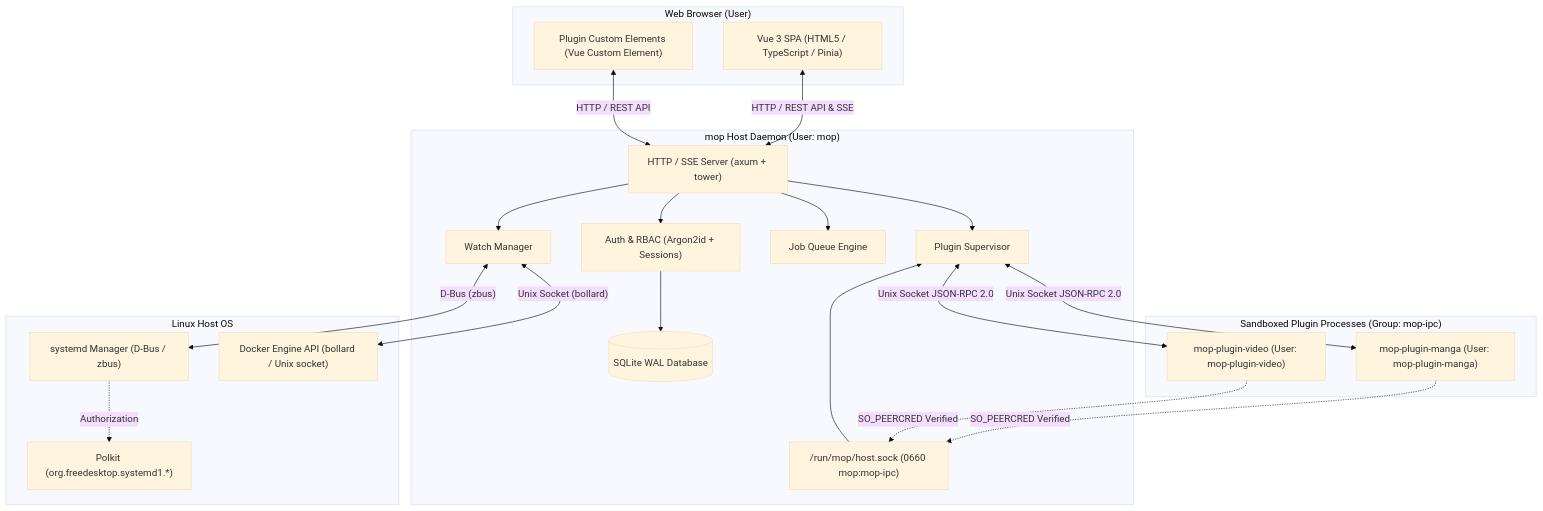
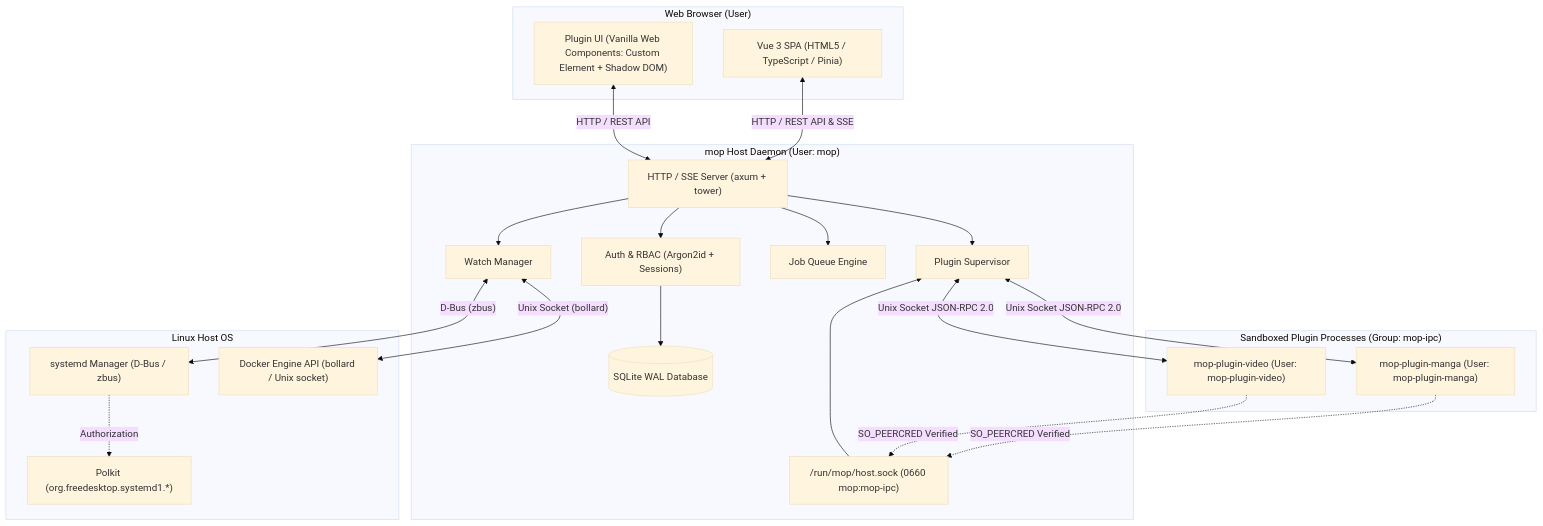
One commit to yosan443/mop changed the diagram in README.md. Above: the diagram before and after it, drawn with Mermaid (base theme). The commit also changed other lines of this file, not shown here.

Commit message:
docs: clarify vanilla Web Components for plugin UI and update E2E command and repo layout in README

````diff
--- a/README.md
+++ b/README.md
@@ -55,46 +55,46 @@
 ```mermaid
 flowchart TB
     subgraph Browser ["Web Browser (User)"]
         UI["Vue 3 SPA (HTML5 / TypeScript / Pinia)"]
-        CustomEl["Plugin Custom Elements (Vue Custom Element)"]
+        CustomEl["Plugin UI (Vanilla Web Components: Custom Element + Shadow DOM)"]
     end
 
     subgraph Host ["mop Host Daemon (User: mop)"]
         HTTP["HTTP / SSE Server (axum + tower)"]
         Auth["Auth & RBAC (Argon2id + Sessions)"]
         DB[(SQLite WAL Database)]
         WatchMgr["Watch Manager"]
         JobQueue["Job Queue Engine"]
         Supervisor["Plugin Supervisor"]
         HostSock["/run/mop/host.sock (0660 mop:mop-ipc)"]
     end
 
     subgraph SystemServices ["Linux Host OS"]
         Systemd["systemd Manager (D-Bus / zbus)"]
         Docker["Docker Engine API (bollard / Unix socket)"]
         Polkit["Polkit (org.freedesktop.systemd1.*)"]
     end
 
     subgraph Plugins ["Sandboxed Plugin Processes (Group: mop-ipc)"]
         MangaPlugin["mop-plugin-manga (User: mop-plugin-manga)"]
         VideoPlugin["mop-plugin-video (User: mop-plugin-video)"]
     end
 
     UI <-->|"HTTP / REST API & SSE"| HTTP
     CustomEl <-->|"HTTP / REST API"| HTTP
     HTTP --> Auth
     Auth --> DB
     HTTP --> WatchMgr
     HTTP --> JobQueue
     HTTP --> Supervisor
 
     WatchMgr <-->|"D-Bus (zbus)"| Systemd
     WatchMgr <-->|"Unix Socket (bollard)"| Docker
     Systemd -.->|"Authorization"| Polkit
 
     Supervisor <-->|"Unix Socket JSON-RPC 2.0"| MangaPlugin
     Supervisor <-->|"Unix Socket JSON-RPC 2.0"| VideoPlugin
     MangaPlugin -.->|"SO_PEERCRED Verified"| HostSock
     VideoPlugin -.->|"SO_PEERCRED Verified"| HostSock
     HostSock --> Supervisor
 ```
````
